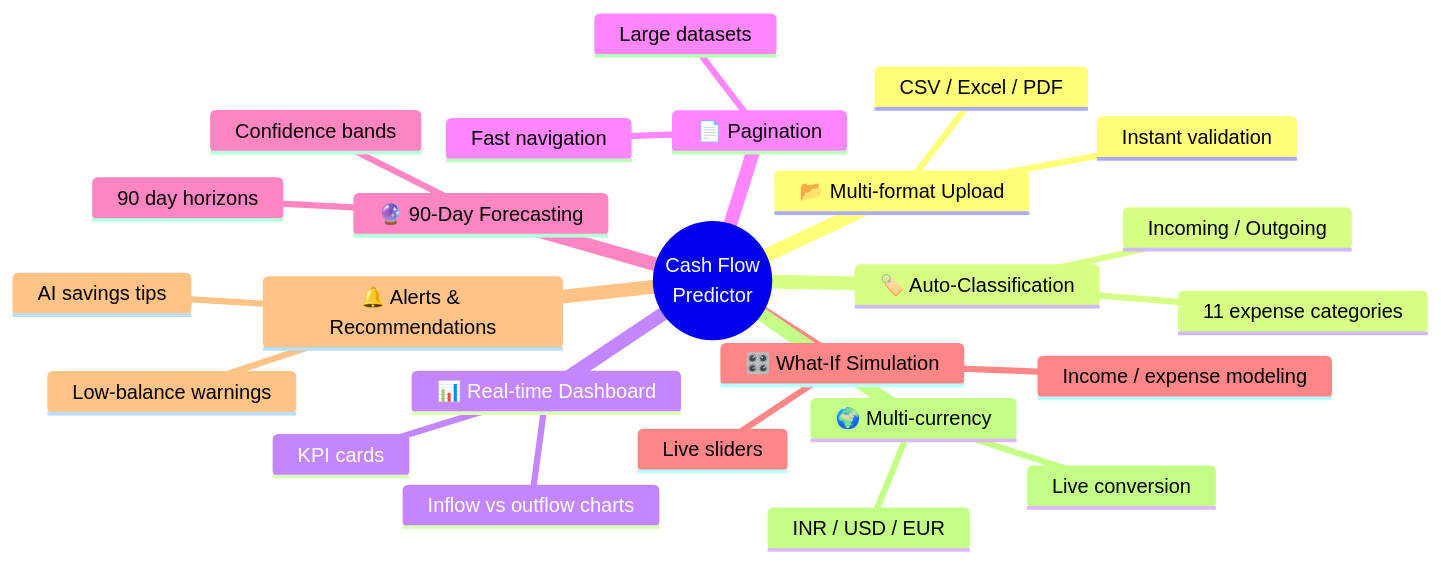
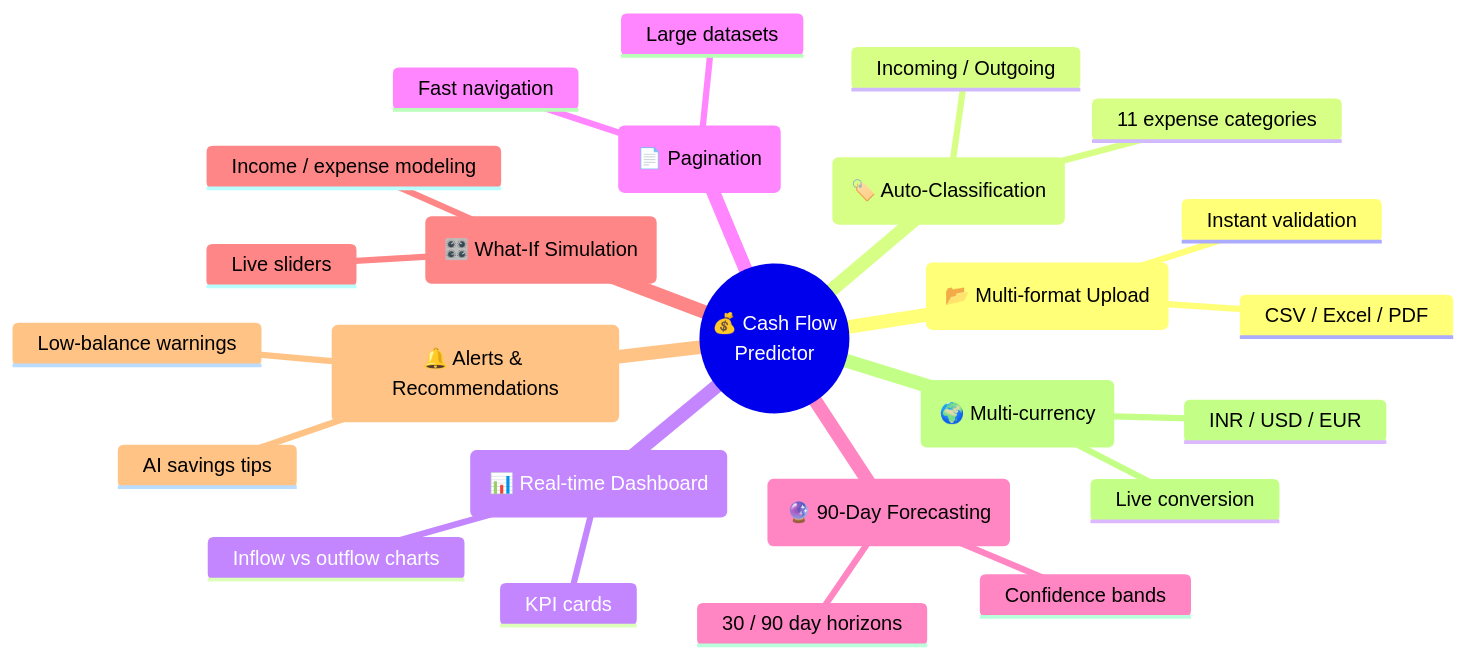
Before and after one commit to ShraddhaD-07/project: the second of 5 diagrams in README.md, drawn with Mermaid. The commit also changed other lines of this file, not shown here.

````diff
--- a/README.md
+++ b/README.md
@@ -66,28 +102,28 @@
 ```mermaid
 mindmap
-  root((Cash Flow<br/>Predictor))
-    📂 Multi-format Upload
+  root(("💰 Cash Flow<br/>Predictor"))
+    ("📂 Multi-format Upload")
       CSV / Excel / PDF
       Instant validation
-    🏷️ Auto-Classification
+    ("🏷️ Auto-Classification")
       Incoming / Outgoing
       11 expense categories
-    📊 Real-time Dashboard
+    ("📊 Real-time Dashboard")
       KPI cards
       Inflow vs outflow charts
-    📄 Pagination
+    ("📄 Pagination")
       Large datasets
       Fast navigation
-    🔮 90-Day Forecasting
+    ("🔮 90-Day Forecasting")
       Confidence bands
-      90 day horizons
-    🎛️ What-If Simulation
+      30 / 90 day horizons
+    ("🎛️ What-If Simulation")
       Live sliders
       Income / expense modeling
-    🔔 Alerts & Recommendations
+    ("🔔 Alerts & Recommendations")
       Low-balance warnings
       AI savings tips
-    🌍 Multi-currency
+    ("🌍 Multi-currency")
       INR / USD / EUR
       Live conversion
 ```
````
